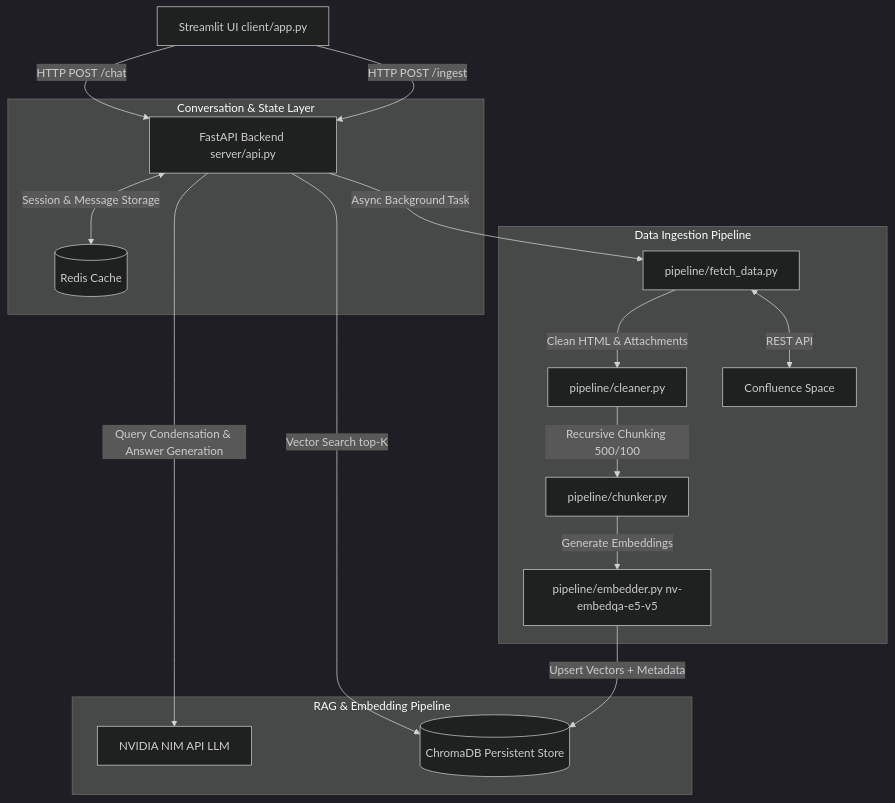
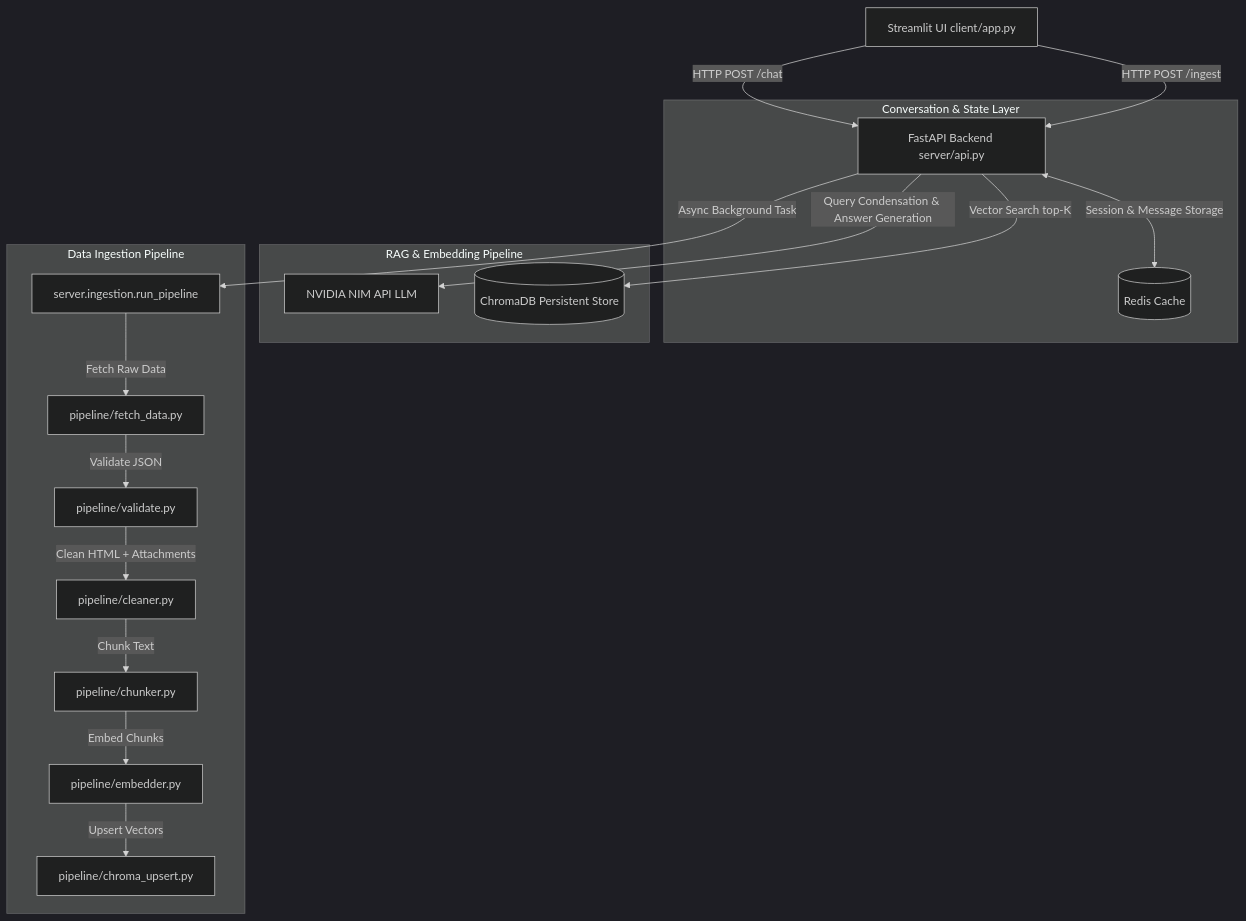
Before and after one commit to ShaikRafaan/Confluence-Chatbot: the diagram in README.md, drawn with Mermaid (dark theme). The commit also changed other lines of this file, not shown here.

````diff
--- a/README.md
+++ b/README.md
@@ -9,23 +27,24 @@
 ```mermaid
 graph TD
     A[Streamlit UI client/app.py] -->|HTTP POST /chat| B[FastAPI Backend server/api.py]
     A -->|HTTP POST /ingest| B
-    
+
     subgraph Conversation & State Layer
         B <-->|Session & Message Storage| C[(Redis Cache)]
     end
 
     subgraph RAG & Embedding Pipeline
         B -->|Query Condensation & Answer Generation| D[NVIDIA NIM API LLM]
         B -->|Vector Search top-K| E[(ChromaDB Persistent Store)]
     end
 
     subgraph Data Ingestion Pipeline
-        B -->|Async Background Task| F[pipeline/fetch_data.py]
-        F -->|Clean HTML & Attachments| G[pipeline/cleaner.py]
-        G -->|Recursive Chunking 500/100| H[pipeline/chunker.py]
-        H -->|Generate Embeddings| I[pipeline/embedder.py nv-embedqa-e5-v5]
-        I -->|Upsert Vectors + Metadata| E
-        F <-->|REST API| J[Confluence Space]
+        B -->|Async Background Task| F[server.ingestion.run_pipeline]
+        F -->|Fetch Raw Data| G[pipeline/fetch_data.py]
+        G -->|Validate JSON| H[pipeline/validate.py]
+        H -->|Clean HTML + Attachments| I[pipeline/cleaner.py]
+        I -->|Chunk Text| J[pipeline/chunker.py]
+        J -->|Embed Chunks| K[pipeline/embedder.py]
+        K -->|Upsert Vectors| L[pipeline/chroma_upsert.py]
     end
 ```
````
